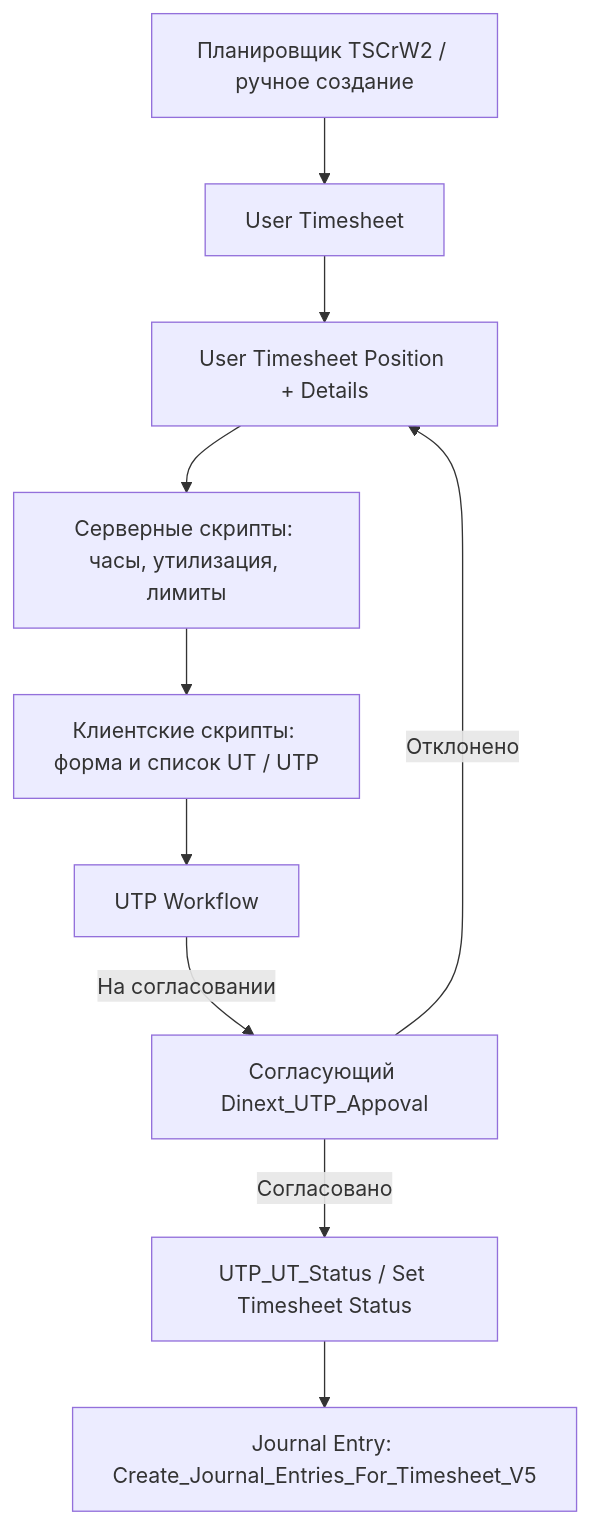
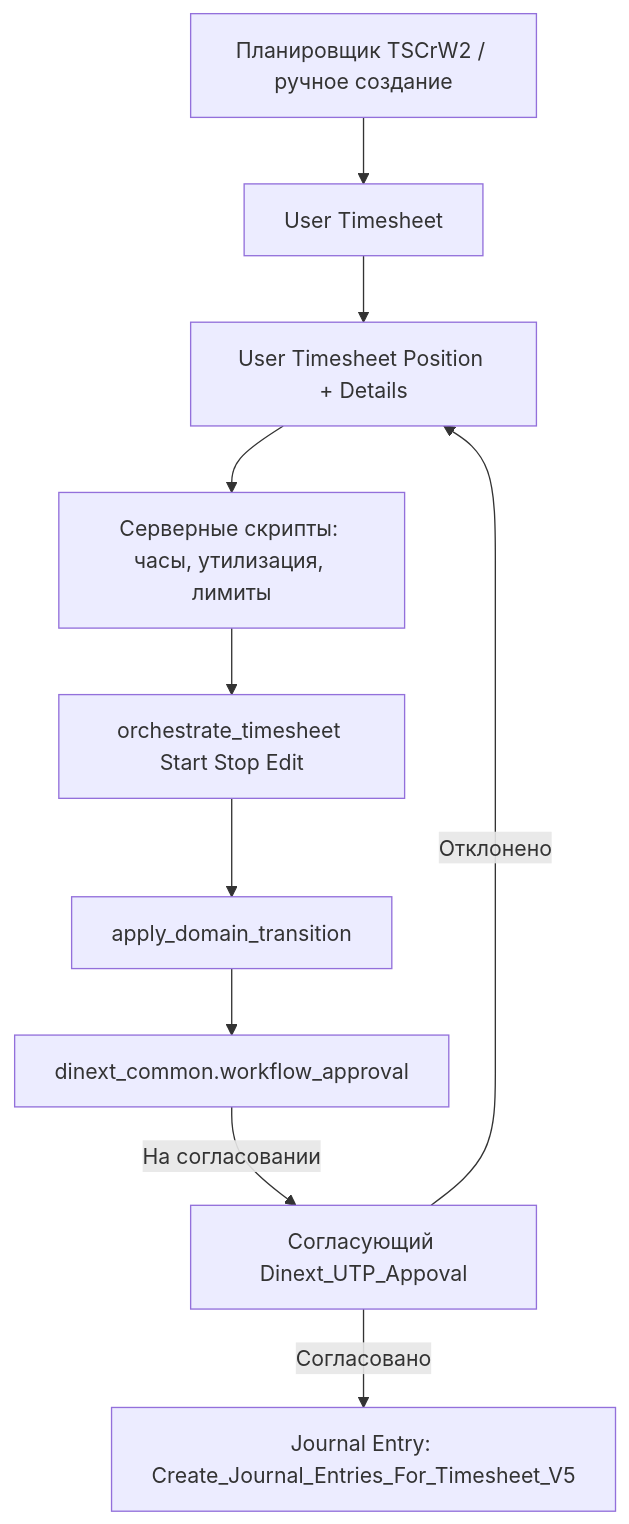
One commit to Dinext-pro/dinext-timesheets changed the first of 2 diagrams in README.md. Above: the diagram before and after it, drawn with Mermaid. The commit also changed other lines of this file and 30 other files, not shown here.

First line of the commit message:
feat(workflow): orchestrate timesheets through the common engine

````diff
--- a/README.md
+++ b/README.md
@@ -231,12 +243,12 @@
 ```mermaid
 flowchart TD
     A[Планировщик TSCrW2 / ручное создание] --> B[User Timesheet]
     B --> C[User Timesheet Position + Details]
     C --> D[Серверные скрипты: часы, утилизация, лимиты]
-    D --> E[Клиентские скрипты: форма и список UT / UTP]
-    E --> F[UTP Workflow]
-    F -->|На согласовании| G[Согласующий Dinext_UTP_Appoval]
-    G -->|Согласовано| H[UTP_UT_Status / Set Timesheet Status]
-    H --> I[Journal Entry: Create_Journal_Entries_For_Timesheet_V5]
-    G -->|Отклонено| C
+    D --> E[orchestrate_timesheet Start Stop Edit]
+    E --> F[apply_domain_transition]
+    F --> G[dinext_common.workflow_approval]
+    G -->|На согласовании| H[Согласующий Dinext_UTP_Appoval]
+    H -->|Согласовано| I[Journal Entry: Create_Journal_Entries_For_Timesheet_V5]
+    H -->|Отклонено| C
 ```
````
